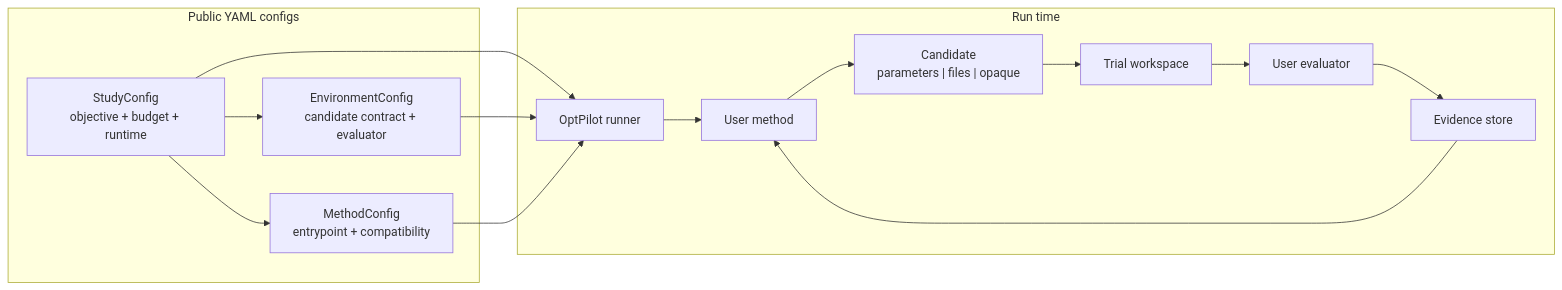
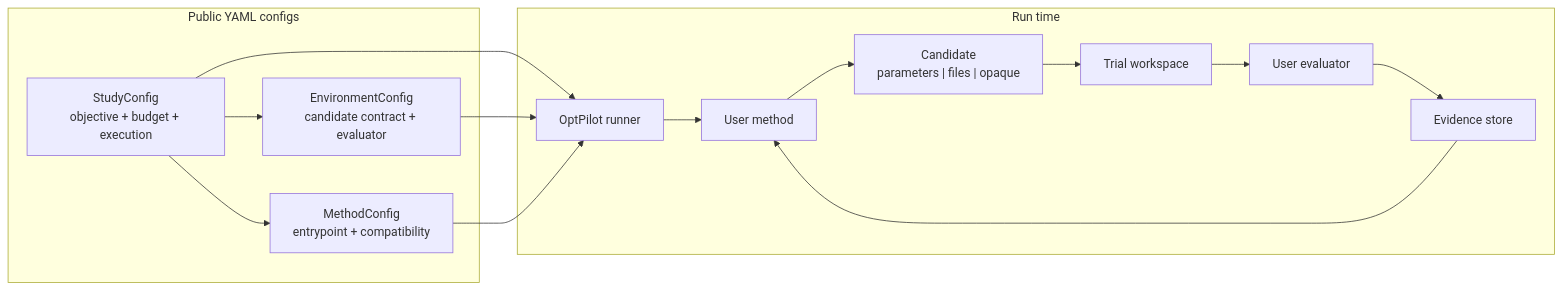
One commit to MINDS-THU/OptPilot changed the diagram in docs/index.md. Above: the diagram before and after it, drawn with Mermaid. The commit also changed other lines of this file and 166 other files, not shown here.

````diff
--- a/docs/index.md
+++ b/docs/index.md
@@ -61,29 +61,29 @@
 ```mermaid
 flowchart LR
   subgraph Configs["Public YAML configs"]
     Env["EnvironmentConfig\ncandidate contract + evaluator"]
     Method["MethodConfig\nentrypoint + compatibility"]
-    Study["StudyConfig\nobjective + budget + runtime"]
+    Study["StudyConfig\nobjective + budget + execution"]
   end
 
   subgraph Runtime["Run time"]
     Runner["OptPilot runner"]
     MethodCode["User method"]
     Candidate["Candidate\nparameters | files | opaque"]
     Trial["Trial workspace"]
     Eval["User evaluator"]
     Evidence["Evidence store"]
   end
 
   Study --> Env
   Study --> Method
   Study --> Runner
   Env --> Runner
   Method --> Runner
   Runner --> MethodCode
   MethodCode --> Candidate
   Candidate --> Trial
   Trial --> Eval
   Eval --> Evidence
   Evidence --> MethodCode
 ```
````
